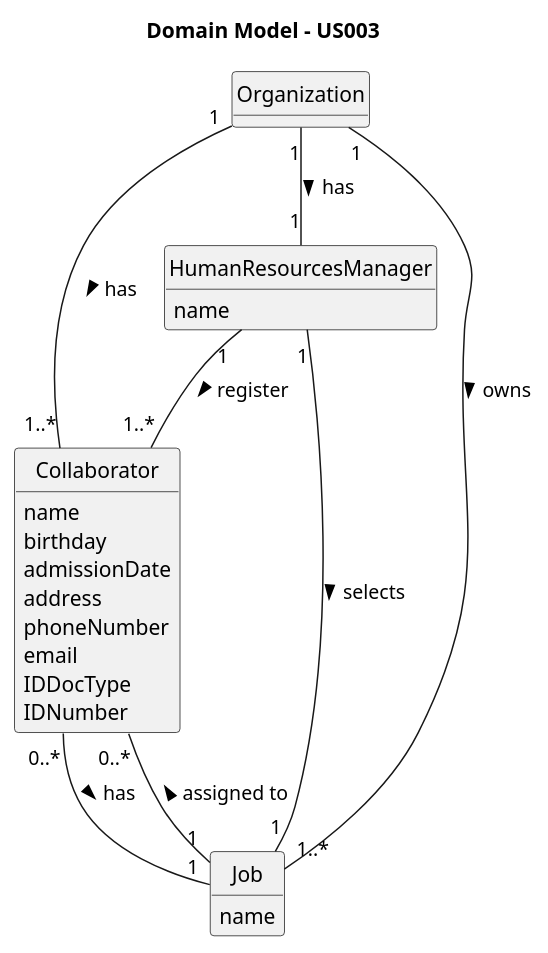
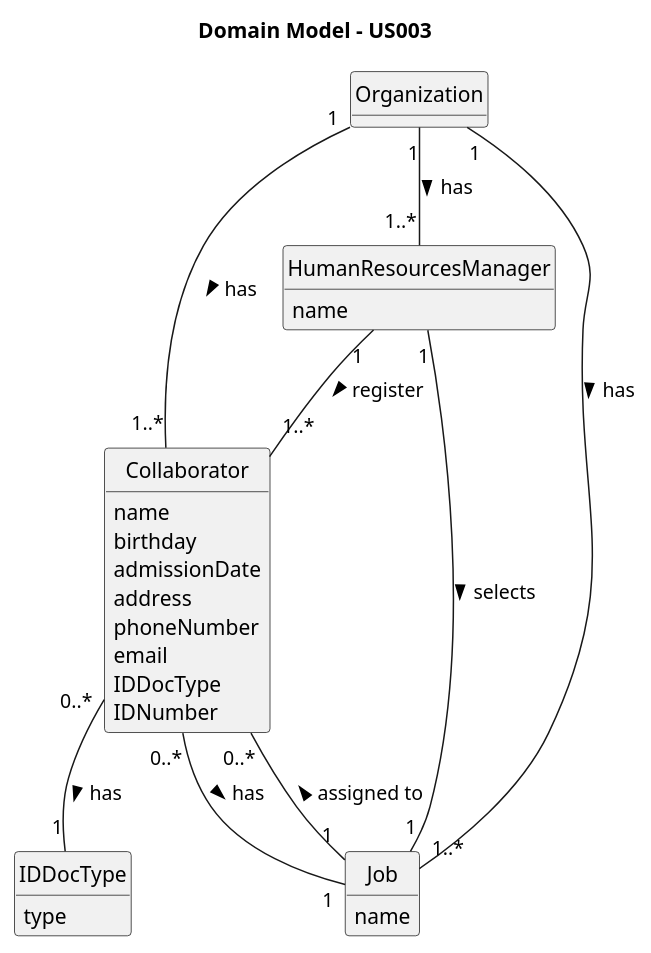
Before and after one commit to daniel41silva05/ISEP_2023_2024_LAPR2: the diagram in docs/sprintA&B/us003/02.analysis/puml/us003-domain-model.puml, drawn with PlantUML. The commit also changed 15 other files, not shown here.

Commit message:
ED-17: US3 - corrections in coherence between sequence diagram, class diagram and implementation

```diff
--- a/docs/sprintA&B/us003/02.analysis/puml/us003-domain-model.puml
+++ b/docs/sprintA&B/us003/02.analysis/puml/us003-domain-model.puml
@@ -1,43 +1,48 @@
 @startuml
 skinparam monochrome true
 skinparam packageStyle rectangle
 skinparam shadowing false
 
 skinparam classAttributeIconSize 0
 
 hide circle
 hide methods
 
 title Domain Model - US003
 
 class Organization {
 }
 
 class Collaborator {
     name
     birthday
     admissionDate
     address
     phoneNumber
     email
     IDDocType
     IDNumber
 }
 
 class HumanResourcesManager {
     name
 }
 
 class Job {
     name
 }
 
-Organization "1" -- "1" HumanResourcesManager : has >
+enum IDDocType {
+    type
+}
+
+Organization "1" -- "1..*" HumanResourcesManager : has >
 Organization "1" -- "1..*" Collaborator : has >
-Organization "1" -- "1..*" Job : owns >
+Organization "1" -- "1..*" Job : has >
 HumanResourcesManager "1" -- "1" Job : selects  >
 Job "1" -- "0..*" Collaborator : assigned to >
 HumanResourcesManager "1" -- "1..*" Collaborator : register >
 Collaborator "0..*" -- "1" Job : has >
+Collaborator "0..*" -- "1" IDDocType : has >
 
 @enduml
```
